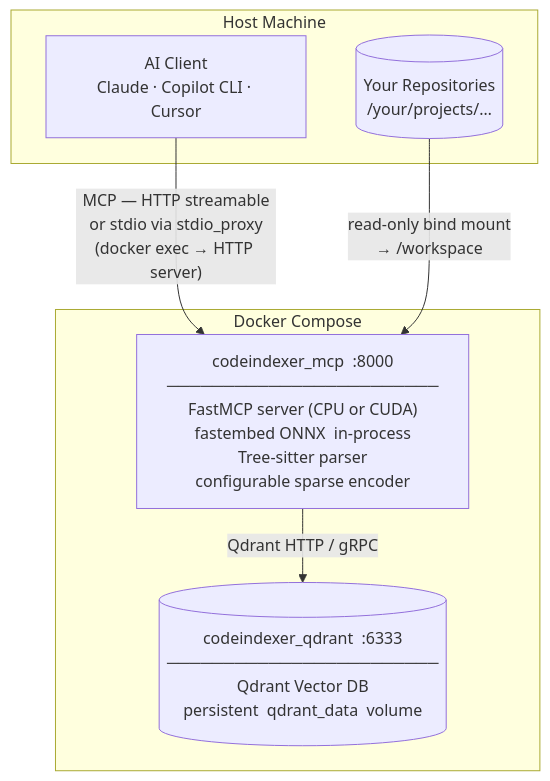
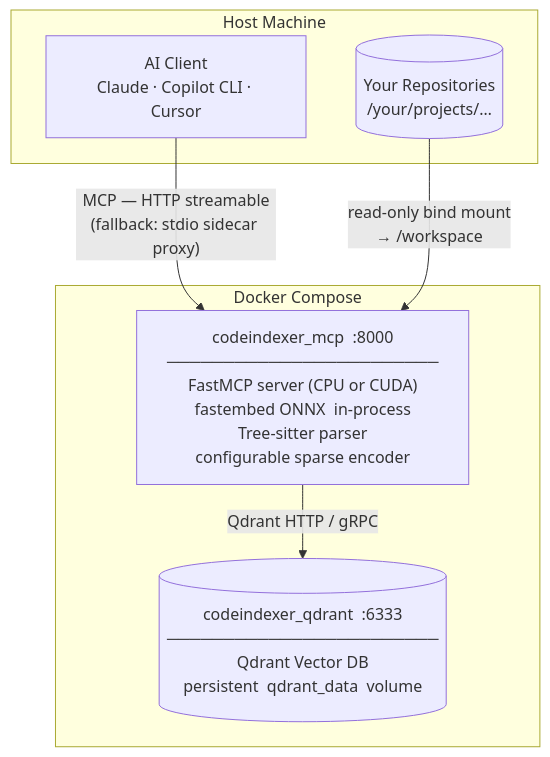
The first of 3 diagrams in README.md (Tusquito/codebase-indexer-mcp), drawn with Mermaid before and after one commit. The commit also changed other lines of this file and 7 other files, not shown here.

Commit message:
fix: use http transport for cursor mcp

````diff
--- a/README.md
+++ b/README.md
@@ -27,16 +27,16 @@
 ```mermaid
 graph TD
     subgraph Host["Host Machine"]
         WS[("Your Repositories\n/your/projects/…")]
         AI["AI Client\nClaude · Copilot CLI · Cursor"]
     end
 
     subgraph Docker["Docker Compose"]
         MCP["codeindexer_mcp  :8000\n────────────────────────\nFastMCP server (CPU or CUDA)\nfastembed ONNX  in-process\nTree-sitter parser\nconfigurable sparse encoder"]
         QD[("codeindexer_qdrant  :6333\n────────────────────────\nQdrant Vector DB\npersistent  qdrant_data  volume")]
     end
 
-    AI -- "MCP — HTTP streamable\nor stdio via stdio_proxy\n(docker exec → HTTP server)" --> MCP
+    AI -- "MCP — HTTP streamable\n(fallback: stdio sidecar proxy)" --> MCP
     MCP -- "Qdrant HTTP / gRPC" --> QD
     WS -- "read-only bind mount\n→ /workspace" --> MCP
 ```
````
